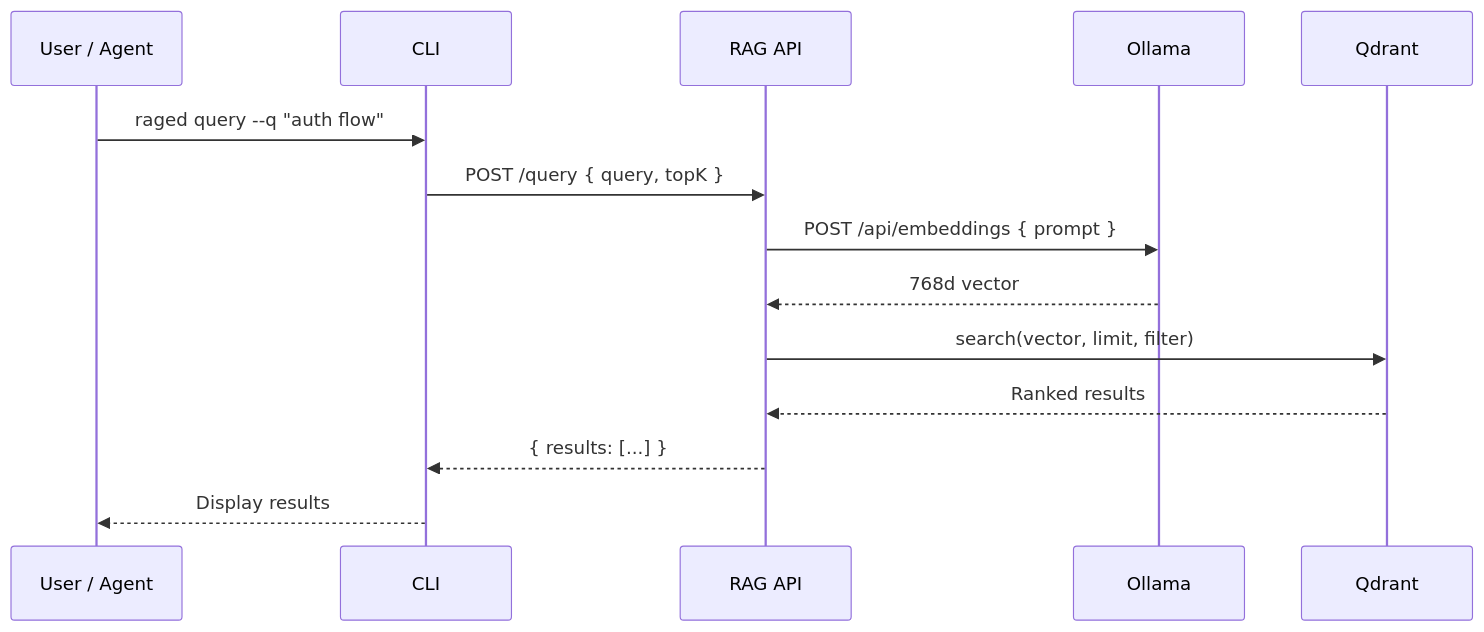
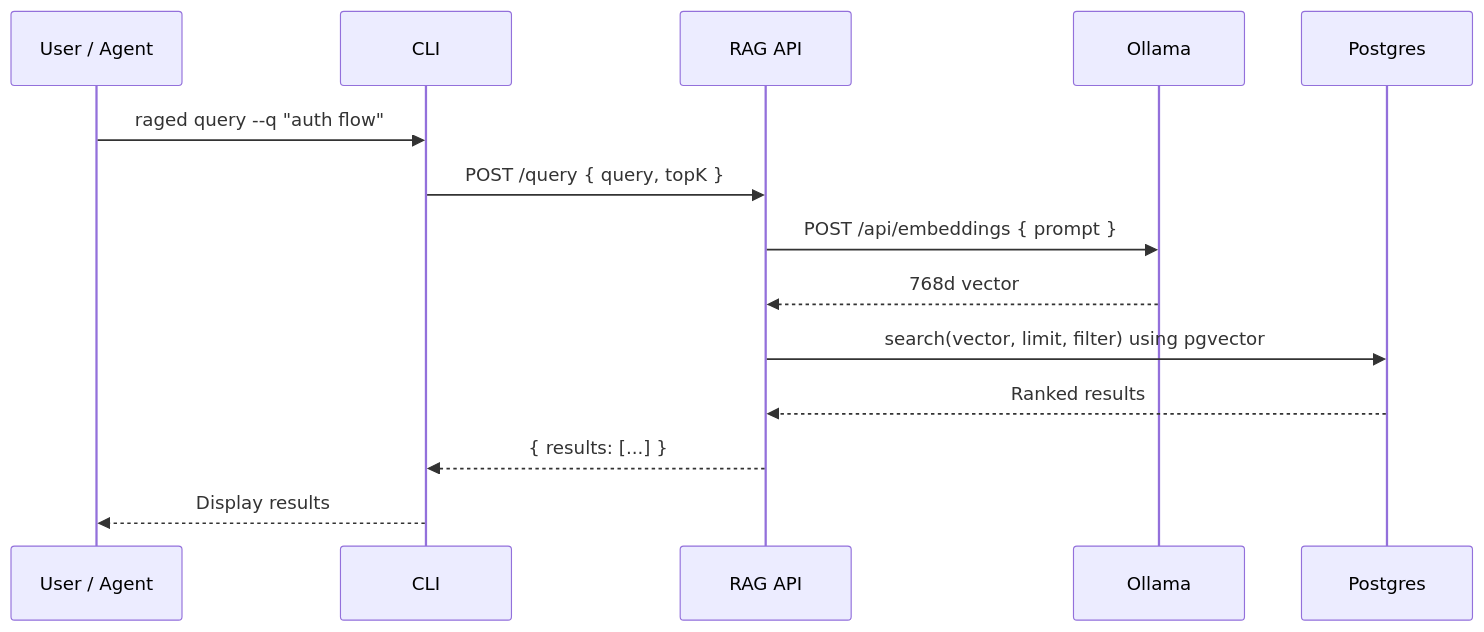
The fifth of 7 diagrams in docs/01-architecture.md (mfittko/rag-stack), drawn with Mermaid before and after one commit. The commit also changed other lines of this file and 6 other files, not shown here.

First line of the commit message:
docs: replace Qdrant/Neo4j/Redis with Postgres+pgvector architecture

````diff
--- a/docs/01-architecture.md
+++ b/docs/01-architecture.md
@@ -226,17 +218,17 @@
 ```mermaid
 sequenceDiagram
     participant U as User / Agent
     participant C as CLI
     participant A as RAG API
     participant O as Ollama
-    participant Q as Qdrant
+    participant P as Postgres
 
     U->>C: raged query --q "auth flow"
     C->>A: POST /query { query, topK }
     A->>O: POST /api/embeddings { prompt }
     O-->>A: 768d vector
-    A->>Q: search(vector, limit, filter)
-    Q-->>A: Ranked results
+    A->>P: search(vector, limit, filter) using pgvector
+    P-->>A: Ranked results
     A-->>C: { results: [...] }
     C-->>U: Display results
 ```
````
